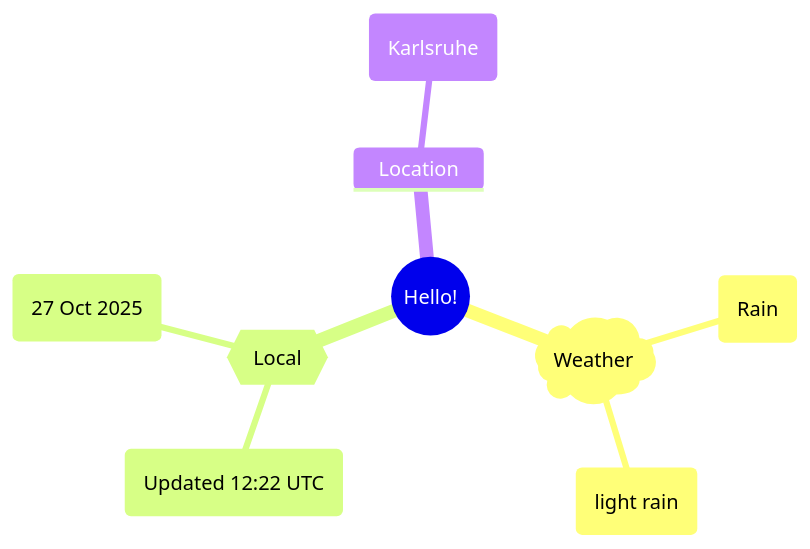
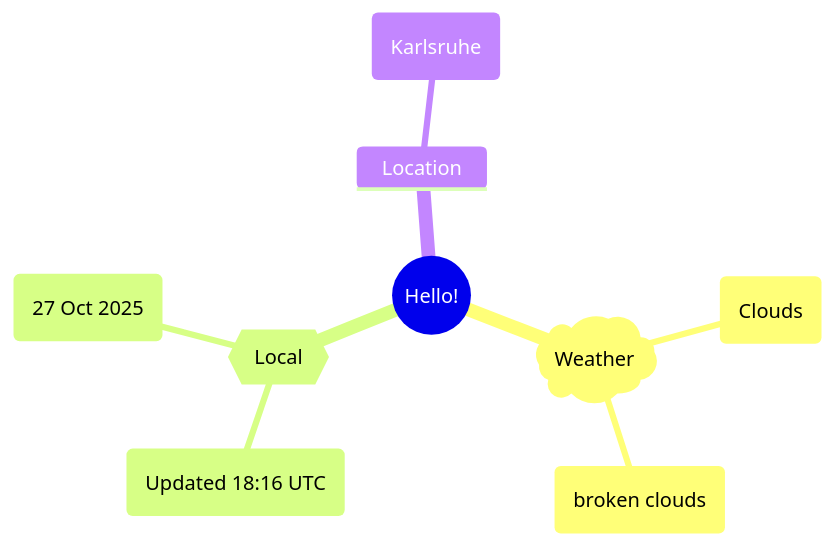
One commit to Xosrov/Xosrov changed the first of 2 diagrams in README.md. Above: the diagram before and after it, drawn with Mermaid.

Commit message:
[bot] updated images

````diff
--- a/README.md
+++ b/README.md
@@ -3,12 +3,12 @@
 ```mermaid
 mindmap
   root((Hello!))
     )Weather(
-        (Rain)
-        (light rain)
+        (Clouds)
+        (broken clouds)
     {{Local}}
-        (Updated 12:22 UTC)
+        (Updated 18:16 UTC)
         (27 Oct 2025)
     Location
         (Karlsruhe)
 ```
````
